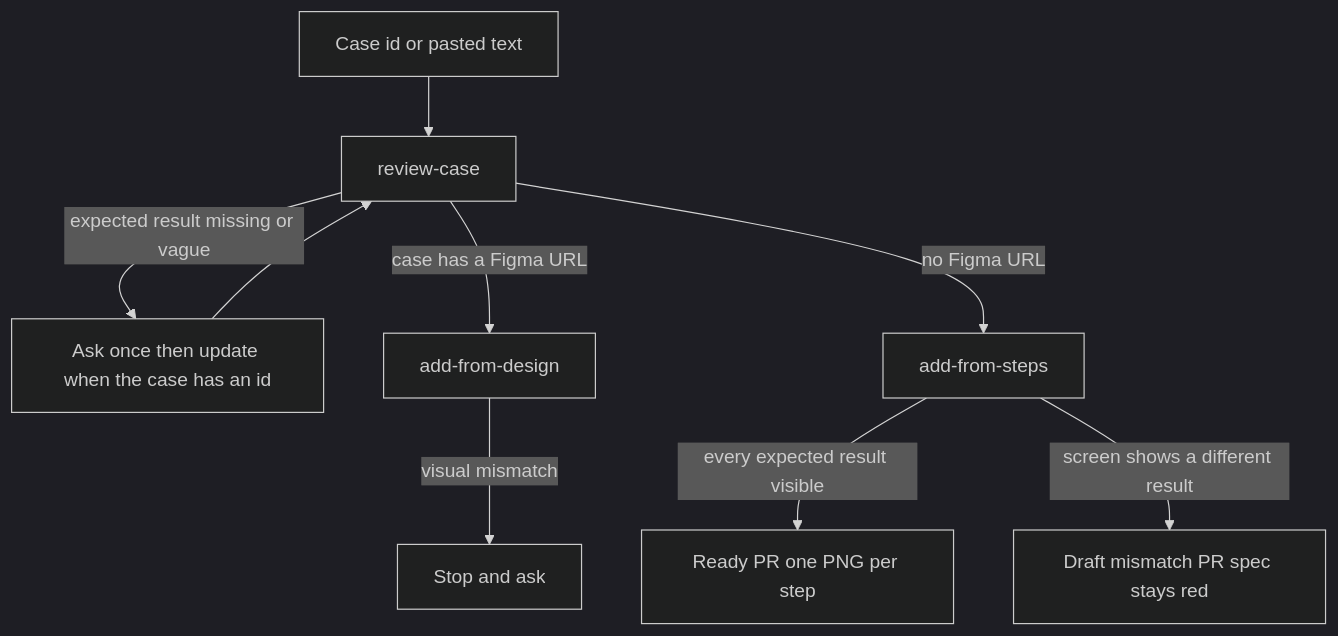
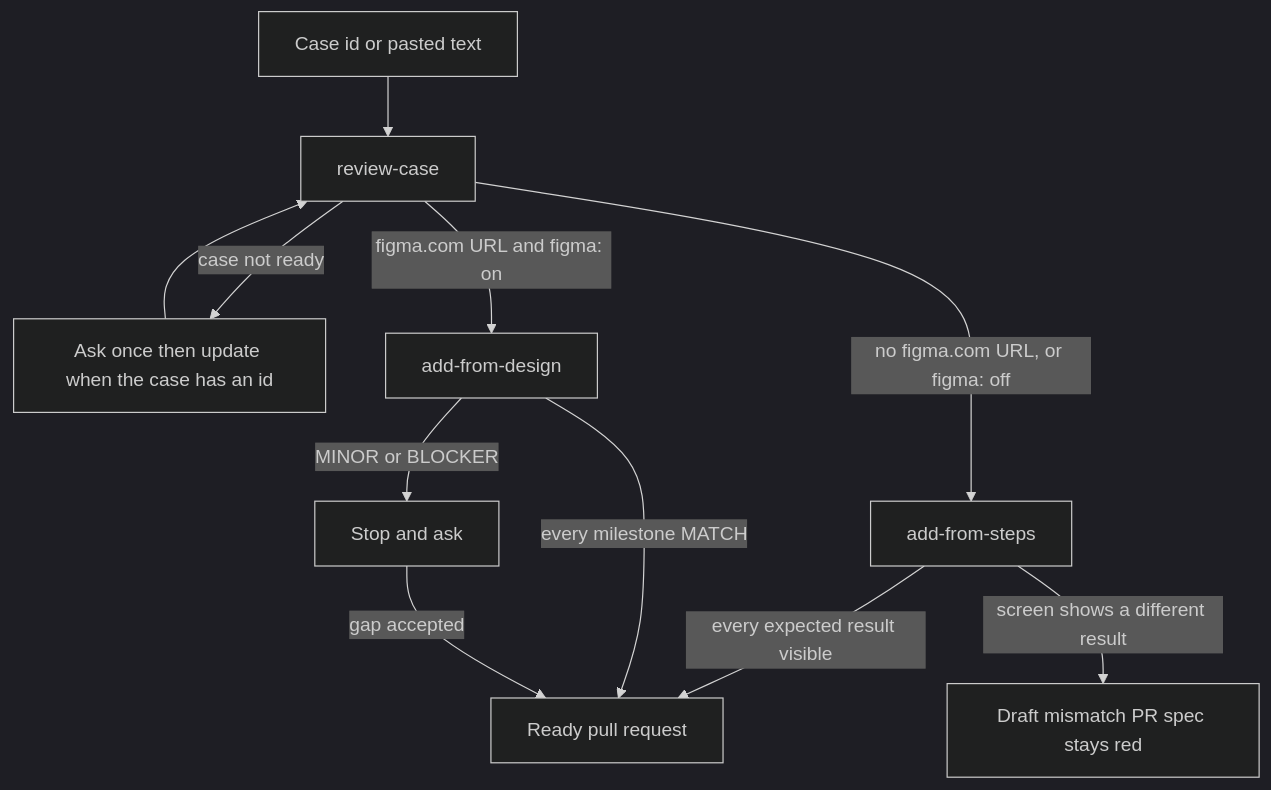
One commit to bogdanOwner/e2e-qa-pilot changed the diagram in processes/create-e2e/README.md. Above: the diagram before and after it, drawn with Mermaid (dark theme). The commit also changed 1 other file, not shown here.

Commit message:
Add diagram

````diff
--- a/processes/create-e2e/README.md
+++ b/processes/create-e2e/README.md
@@ -5,19 +5,21 @@
 ```mermaid
 flowchart TD
   caseNode[Case id or pasted text]
   review[review-case]
   questions[Ask once then update when the case has an id]
   designSkill[add-from-design]
   stepsSkill[add-from-steps]
-  readyPr[Ready PR one PNG per step]
+  readyPr[Ready pull request]
   stopPr[Draft mismatch PR spec stays red]
   askHuman[Stop and ask]
   caseNode --> review
-  review -->|expected result missing or vague| questions
+  review -->|case not ready| questions
   questions --> review
-  review -->|case has a Figma URL| designSkill
-  review -->|no Figma URL| stepsSkill
+  review -->|"figma.com URL and figma: on"| designSkill
+  review -->|"no figma.com URL, or figma: off"| stepsSkill
   stepsSkill -->|every expected result visible| readyPr
   stepsSkill -->|screen shows a different result| stopPr
-  designSkill -->|visual mismatch| askHuman
+  designSkill -->|every milestone MATCH| readyPr
+  designSkill -->|MINOR or BLOCKER| askHuman
+  askHuman -->|gap accepted| readyPr
 ```
````
